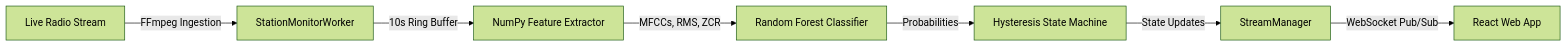
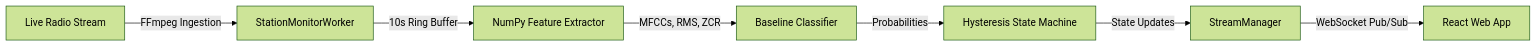
Before and after one commit to Immortal-syntax/RadioRadar: the diagram in README.md, drawn with Mermaid (forest theme). The commit also changed other lines of this file and 3 other files, not shown here.

````diff
--- a/README.md
+++ b/README.md
@@ -51,9 +51,9 @@
 ```mermaid
 graph LR
     RadioStream[Live Radio Stream] -->|FFmpeg Ingestion| Worker[StationMonitorWorker]
     Worker -->|10s Ring Buffer| Features[NumPy Feature Extractor]
-    Features -->|MFCCs, RMS, ZCR| Classifier[Random Forest Classifier]
+    Features -->|MFCCs, RMS, ZCR| Classifier[Baseline Classifier]
     Classifier -->|Probabilities| Hysteresis[Hysteresis State Machine]
     Hysteresis -->|State Updates| StreamManager[StreamManager]
     StreamManager -->|WebSocket Pub/Sub| Frontend[React Web App]
 ```
````
